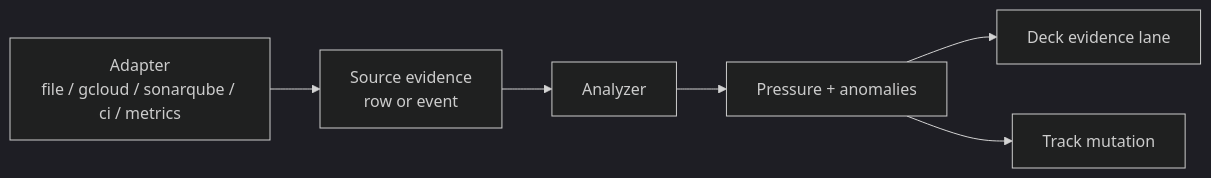
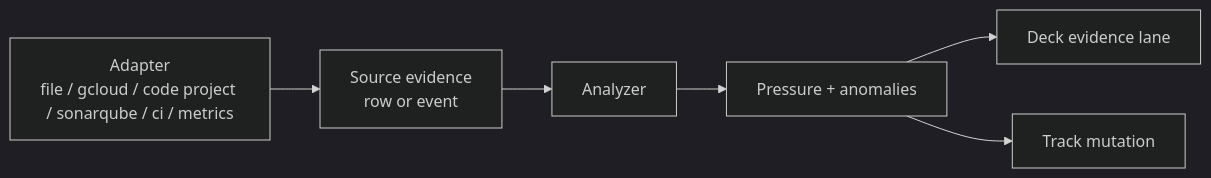
Before and after one commit to fabianaguero/maia: the fifth of 8 diagrams in docs/architecture.md, drawn with Mermaid (dark theme). The commit also changed other lines of this file and 37 other files, not shown here.

Commit message:
feat(desktop): add local-first code project monitoring

````diff
--- a/docs/architecture.md
+++ b/docs/architecture.md
@@ -167,15 +168,15 @@
 ```mermaid
 flowchart LR
-  Adapter[Adapter<br/>file / gcloud / sonarqube / ci / metrics]
+  Adapter[Adapter<br/>file / gcloud / code project / sonarqube / ci / metrics]
   Evidence[Source evidence<br/>row or event]
   Analyzer[Analyzer]
   Pressure[Pressure + anomalies]
   UI[Deck evidence lane]
   Audio[Track mutation]
 
   Adapter --> Evidence
   Evidence --> Analyzer
   Analyzer --> Pressure
   Pressure --> UI
   Pressure --> Audio
 ```
````
